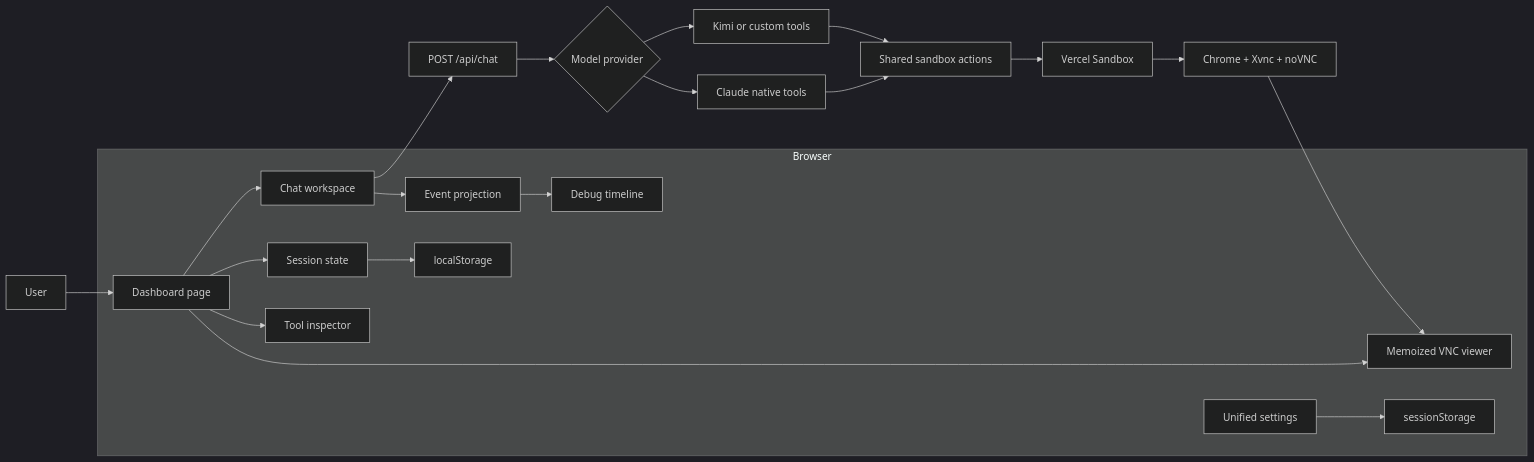
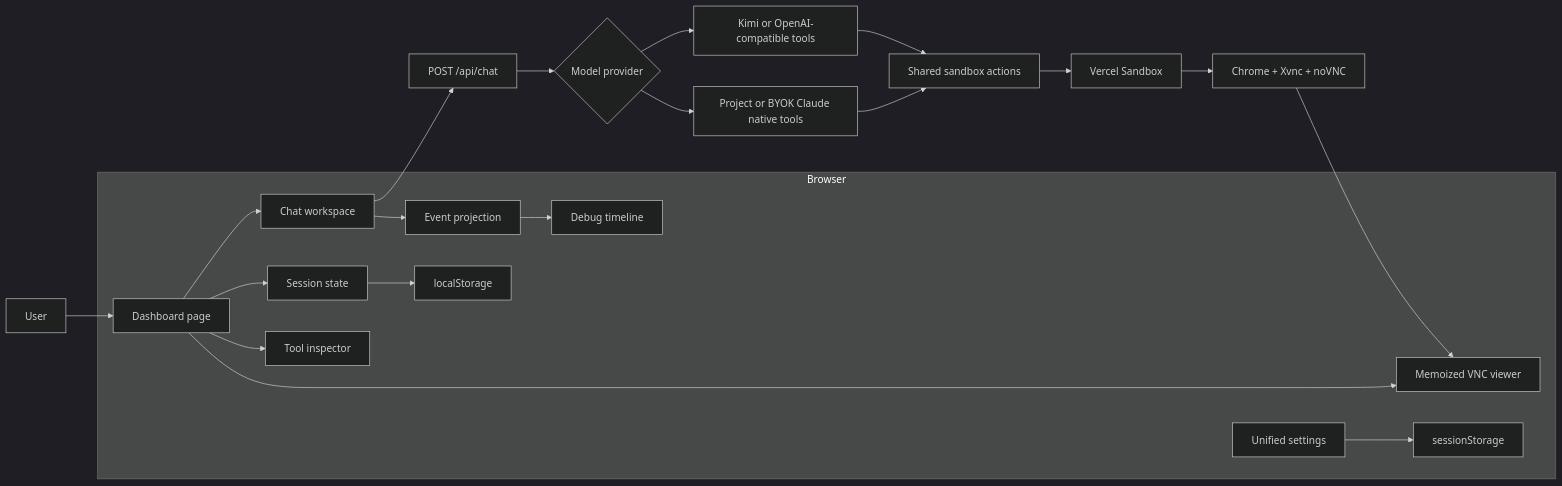
The first of 3 diagrams in repowiki.md (paulafanasyev/ai-agent-dashboard), drawn with Mermaid (dark theme) before and after one commit. The commit also changed other lines of this file and 16 other files, not shown here.

````diff
--- a/repowiki.md
+++ b/repowiki.md
@@ -69,25 +69,25 @@
 ```mermaid
 flowchart LR
     User["User"] --> Dashboard["Dashboard page"]
 
     subgraph Browser["Browser"]
         Dashboard --> Sessions["Session state"]
         Dashboard --> Chat["Chat workspace"]
         Dashboard --> Viewer["Memoized VNC viewer"]
         Dashboard --> Inspector["Tool inspector"]
         Chat --> EventProjection["Event projection"]
         EventProjection --> Debug["Debug timeline"]
         Sessions --> LocalStorage["localStorage"]
         DashboardSettings["Unified settings"] --> SessionStorage["sessionStorage"]
     end
 
     Chat --> ChatRoute["POST /api/chat"]
     ChatRoute --> ModelRouter{"Model provider"}
-    ModelRouter --> Claude["Claude native tools"]
-    ModelRouter --> Compatible["Kimi or custom tools"]
+    ModelRouter --> Claude["Project or BYOK Claude native tools"]
+    ModelRouter --> Compatible["Kimi or OpenAI-compatible tools"]
     Claude --> Tools["Shared sandbox actions"]
     Compatible --> Tools
     Tools --> Sandbox["Vercel Sandbox"]
     Sandbox --> Desktop["Chrome + Xvnc + noVNC"]
     Desktop --> Viewer
 ```
````
